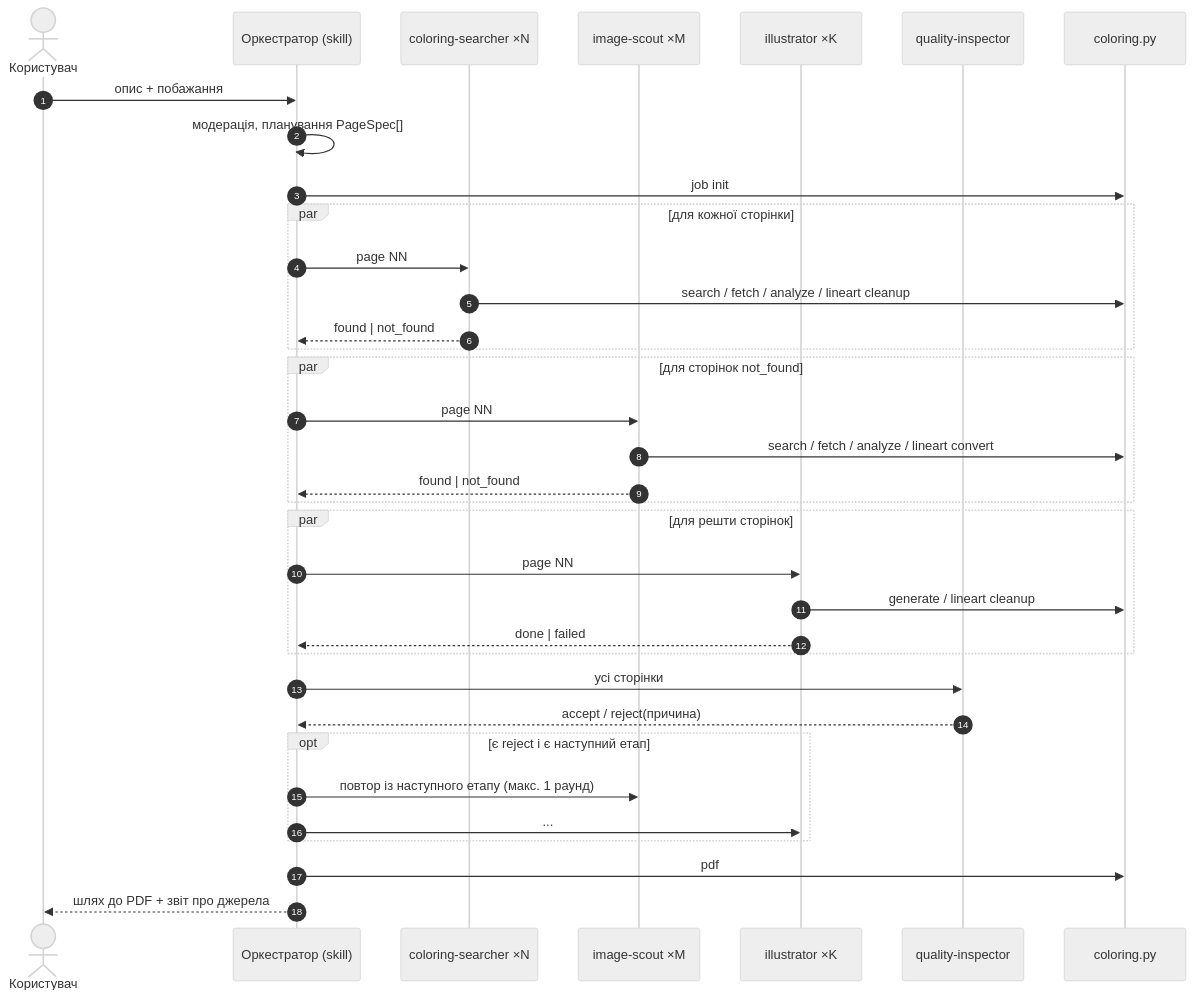
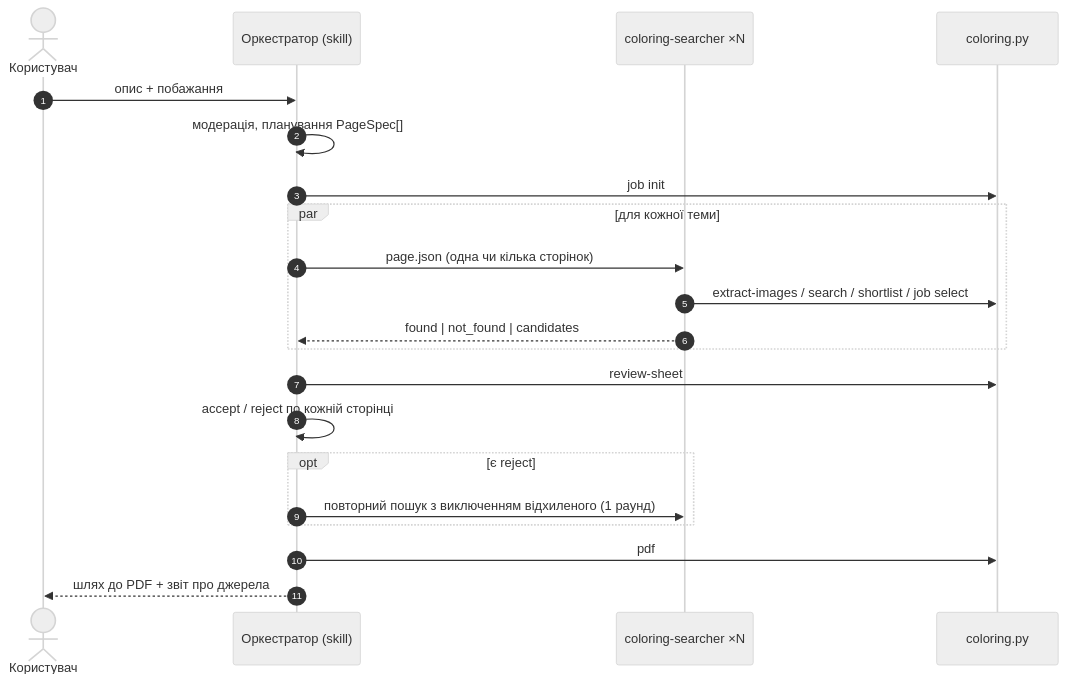
Before and after one commit to dmytro-mazur-git/coloring: the second of 3 diagrams in docs/architecture.md, drawn with Mermaid (neutral theme). The commit also changed other lines of this file and 33 other files, not shown here.

First line of the commit message:
Search only: remove image generation and conversion to line art

````diff
--- a/docs/architecture.md
+++ b/docs/architecture.md
@@ -151,38 +140,24 @@
 ```mermaid
 sequenceDiagram
     autonumber
     actor U as Користувач
     participant O as Оркестратор (skill)
     participant CS as coloring-searcher ×N
-    participant IS as image-scout ×M
-    participant IL as illustrator ×K
-    participant QI as quality-inspector
     participant T as coloring.py
 
     U->>O: опис + побажання
     O->>O: модерація, планування PageSpec[]
     O->>T: job init
-    par для кожної сторінки
-        O->>CS: page NN
-        CS->>T: search / fetch / analyze / lineart cleanup
-        CS-->>O: found | not_found
+    par для кожної теми
+        O->>CS: page.json (одна чи кілька сторінок)
+        CS->>T: extract-images / search / shortlist / job select
+        CS-->>O: found | not_found | candidates
     end
-    par для сторінок not_found
-        O->>IS: page NN
-        IS->>T: search / fetch / analyze / lineart convert
-        IS-->>O: found | not_found
-    end
-    par для решти сторінок
-        O->>IL: page NN
-        IL->>T: generate / lineart cleanup
-        IL-->>O: done | failed
-    end
-    O->>QI: усі сторінки
-    QI-->>O: accept / reject(причина)
-    opt є reject і є наступний етап
-        O->>IS: повтор із наступного етапу (макс. 1 раунд)
-        O->>IL: ...
+    O->>T: review-sheet
+    O->>O: accept / reject по кожній сторінці
+    opt є reject
+        O->>CS: повторний пошук з виключенням відхиленого (1 раунд)
     end
     O->>T: pdf
     O-->>U: шлях до PDF + звіт про джерела
 ```
````
